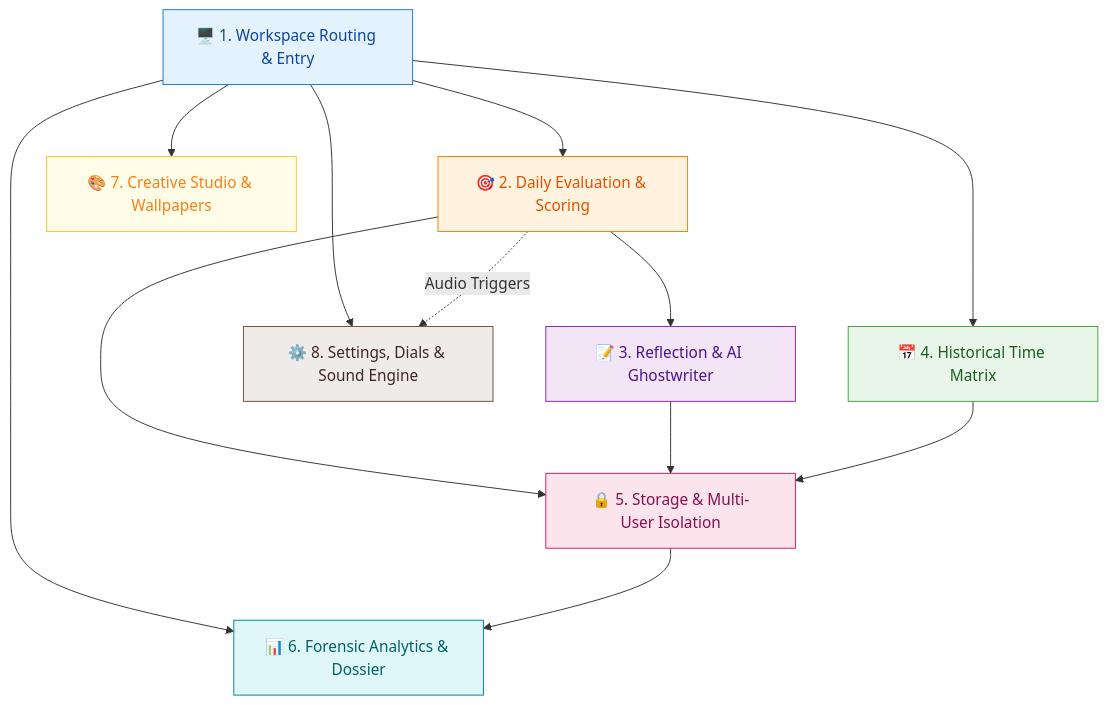
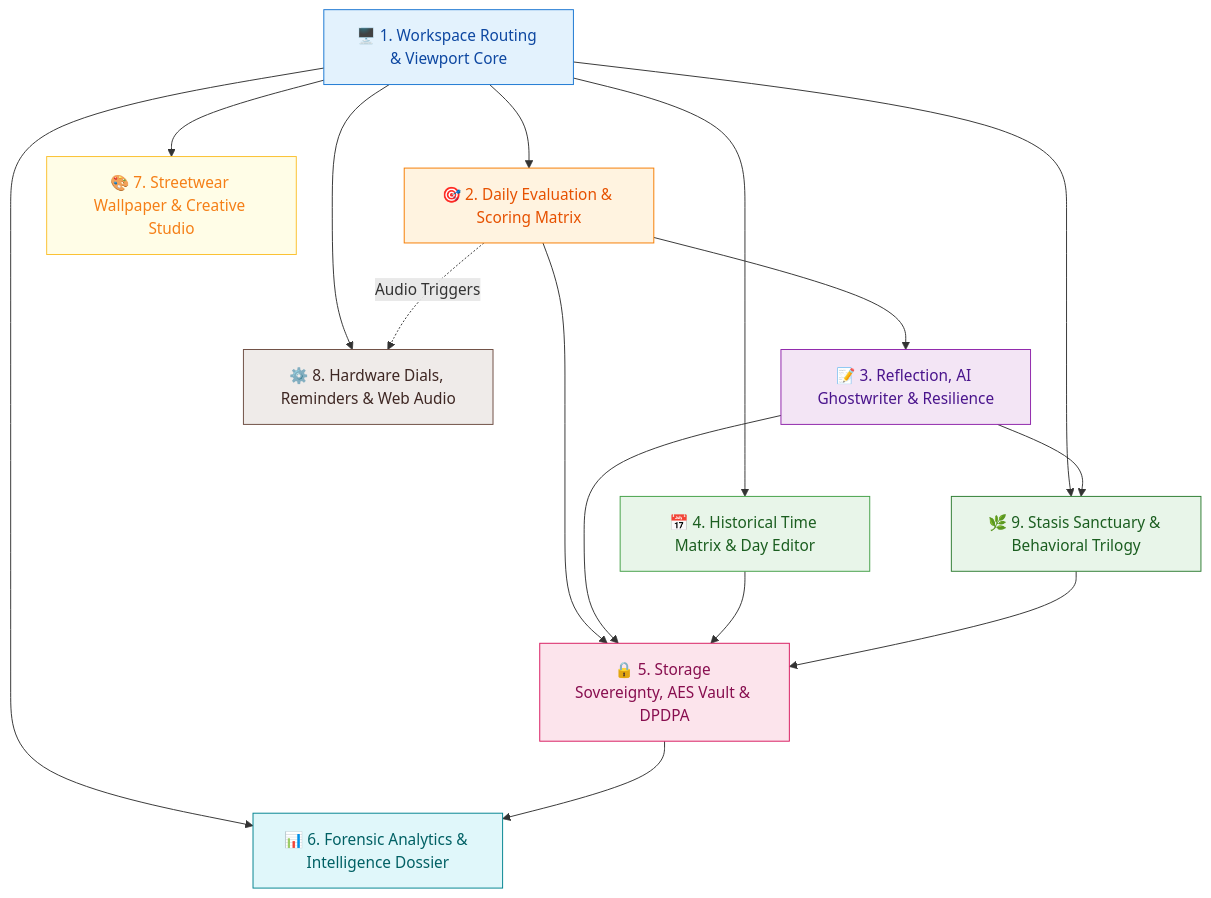
The first of 10 diagrams in README.md (TRINNO112/shit-or-hit), drawn with Mermaid before and after one commit. The commit also changed other lines of this file, not shown here.

Commit message:
D385: Expand frontend architecture showcase in README with Stasis Sanctuary, Behavioral Trilogy, AES Vault, and DPDPA 2023

````diff
--- a/README.md
+++ b/README.md
@@ -12,42 +12,47 @@
 ```mermaid
 %%{init: {'flowchart': {'nodeSpacing': 55, 'rankSpacing': 75, 'curve': 'basis'}}}%%
 flowchart TD
-    L1["🖥️ 1. Workspace Routing & Entry"]
-    L2["🎯 2. Daily Evaluation & Scoring"]
-    L3["📝 3. Reflection & AI Ghostwriter"]
-    L4["📅 4. Historical Time Matrix"]
-    L5["🔒 5. Storage & Multi-User Isolation"]
-    L6["📊 6. Forensic Analytics & Dossier"]
-    L7["🎨 7. Creative Studio & Wallpapers"]
-    L8["⚙️ 8. Settings, Dials & Sound Engine"]
+    L1["🖥️ 1. Workspace Routing & Viewport Core"]
+    L2["🎯 2. Daily Evaluation & Scoring Matrix"]
+    L3["📝 3. Reflection, AI Ghostwriter & Resilience"]
+    L4["📅 4. Historical Time Matrix & Day Editor"]
+    L5["🔒 5. Storage Sovereignty, AES Vault & DPDPA"]
+    L6["📊 6. Forensic Analytics & Intelligence Dossier"]
+    L7["🎨 7. Streetwear Wallpaper & Creative Studio"]
+    L8["⚙️ 8. Hardware Dials, Reminders & Web Audio"]
+    L9["🌿 9. Stasis Sanctuary & Behavioral Trilogy"]
 
     L1 --> L2
     L1 --> L4
     L1 --> L6
     L1 --> L7
     L1 --> L8
+    L1 --> L9
     L2 --> L3
     L2 -.->|Audio Triggers| L8
     L2 --> L5
     L3 --> L5
+    L3 --> L9
     L4 --> L5
     L5 --> L6
+    L9 --> L5
 
     classDef l1 fill:#E3F2FD,stroke:#1976D2,color:#0D47A1
     classDef l2 fill:#FFF3E0,stroke:#F57C00,color:#E65100
     classDef l3 fill:#F3E5F5,stroke:#8E24AA,color:#4A148C
     classDef l4 fill:#E8F5E9,stroke:#43A047,color:#1B5E20
     classDef l5 fill:#FCE4EC,stroke:#D81B60,color:#880E4F
     classDef l6 fill:#E0F7FA,stroke:#00838F,color:#006064
     classDef l7 fill:#FFFDE7,stroke:#FBC02D,color:#F57F17
     classDef l8 fill:#EFEBE9,stroke:#6D4C41,color:#3E2723
+    classDef l9 fill:#E8F5E9,stroke:#2E7D32,color:#1B5E20
     class L1 l1
     class L2 l2
     class L3 l3
     class L4 l4
     class L5 l5
     class L6 l6
     class L7 l7
     class L8 l8
-    classDef ai fill:#D1C4E9,stroke:#5E35B1,color:#311B92,stroke-dasharray: 5 5;
+    class L9 l9
 ```
````
